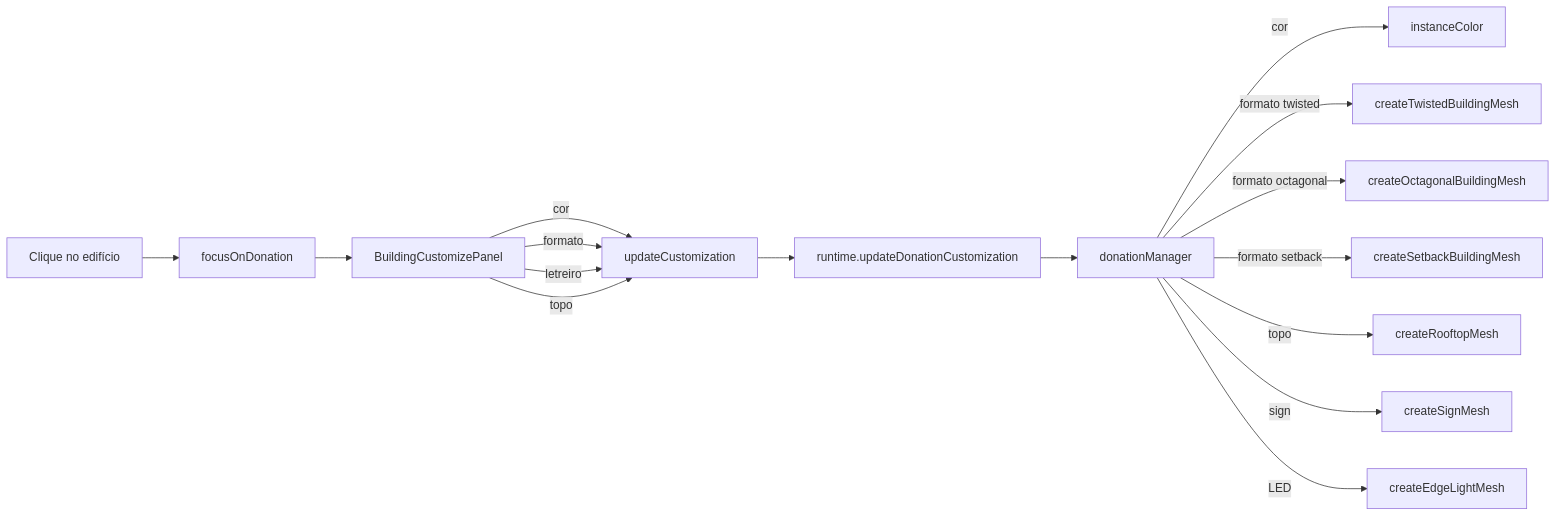
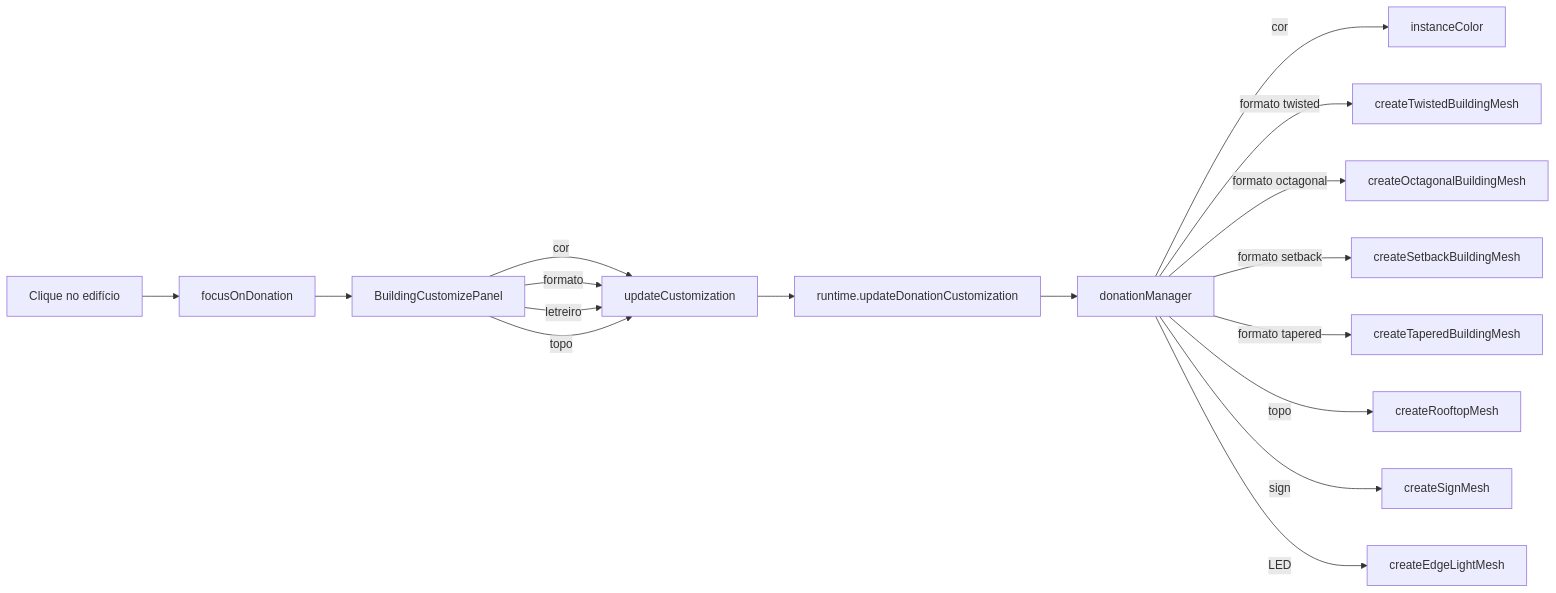
Before and after one commit to RaeII/pixcity: the second of 2 diagrams in doc-pixcity/index.md, drawn with Mermaid. The commit also changed other lines of this file and 7 other files, not shown here.

Commit message:
feat: add tapered supertall building shape customization

````diff
--- a/doc-pixcity/index.md
+++ b/doc-pixcity/index.md
@@ -187,18 +190,19 @@
 ```mermaid
 flowchart LR
     Click[Clique no edifício] --> Focus[focusOnDonation]
     Focus --> Panel[BuildingCustomizePanel]
     Panel --> |cor| UC[updateCustomization]
     Panel --> |formato| UC
     Panel --> |letreiro| UC
     Panel --> |topo| UC
     UC --> Runtime[runtime.updateDonationCustomization]
     Runtime --> DM[donationManager]
     DM --> |cor| IC[instanceColor]
     DM --> |formato twisted| TW[createTwistedBuildingMesh]
     DM --> |formato octagonal| OC[createOctagonalBuildingMesh]
     DM --> |formato setback| SB[createSetbackBuildingMesh]
+    DM --> |formato tapered| TP[createTaperedBuildingMesh]
     DM --> |topo| RM[createRooftopMesh]
     DM --> |sign| SM[createSignMesh]
     DM --> |LED| EL[createEdgeLightMesh]
 ```
````
